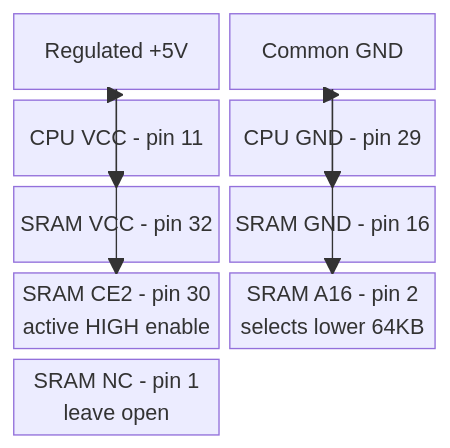
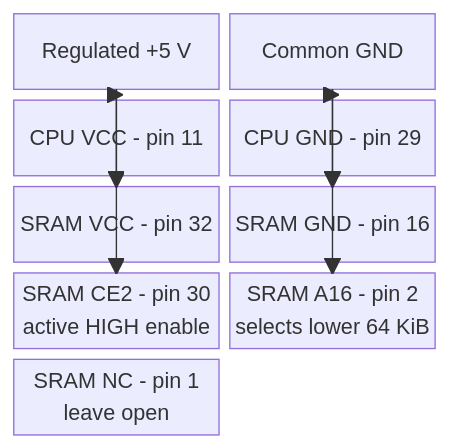
Before and after one commit to gloveboxes/Z80ROMlessSBC: diagram 14 of 22 in docs/docs/en/hardware/pin-mapping.md, drawn with Mermaid. The commit also changed other lines of this file and 18 other files, not shown here.

````diff
--- a/docs/docs/en/hardware/pin-mapping.md
+++ b/docs/docs/en/hardware/pin-mapping.md
@@ -445,20 +445,20 @@
 ```mermaid
 block-beta
   columns 2
-  VCC["Regulated +5V"]
+  VCC["Regulated +5 V"]
   GND["Common GND"]
   CVCC["CPU VCC - pin 11"]
   CGND["CPU GND - pin 29"]
   RVCC["SRAM VCC - pin 32"]
   RGND["SRAM GND - pin 16"]
   RCE2["SRAM CE2 - pin 30<br/>active HIGH enable"]
-  RA16["SRAM A16 - pin 2<br/>selects lower 64KB"]
+  RA16["SRAM A16 - pin 2<br/>selects lower 64 KiB"]
   RNC["SRAM NC - pin 1<br/>leave open"]
   space
   VCC --> CVCC
   VCC --> RVCC
   VCC --> RCE2
   GND --> CGND
   GND --> RGND
   GND --> RA16
 ```
````
